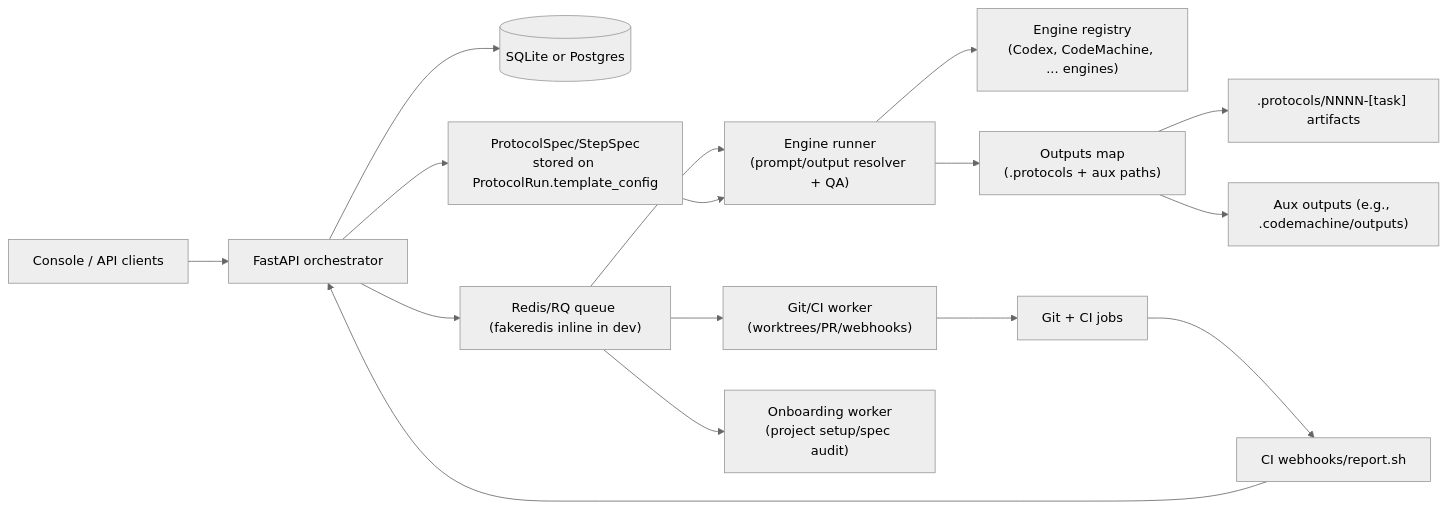
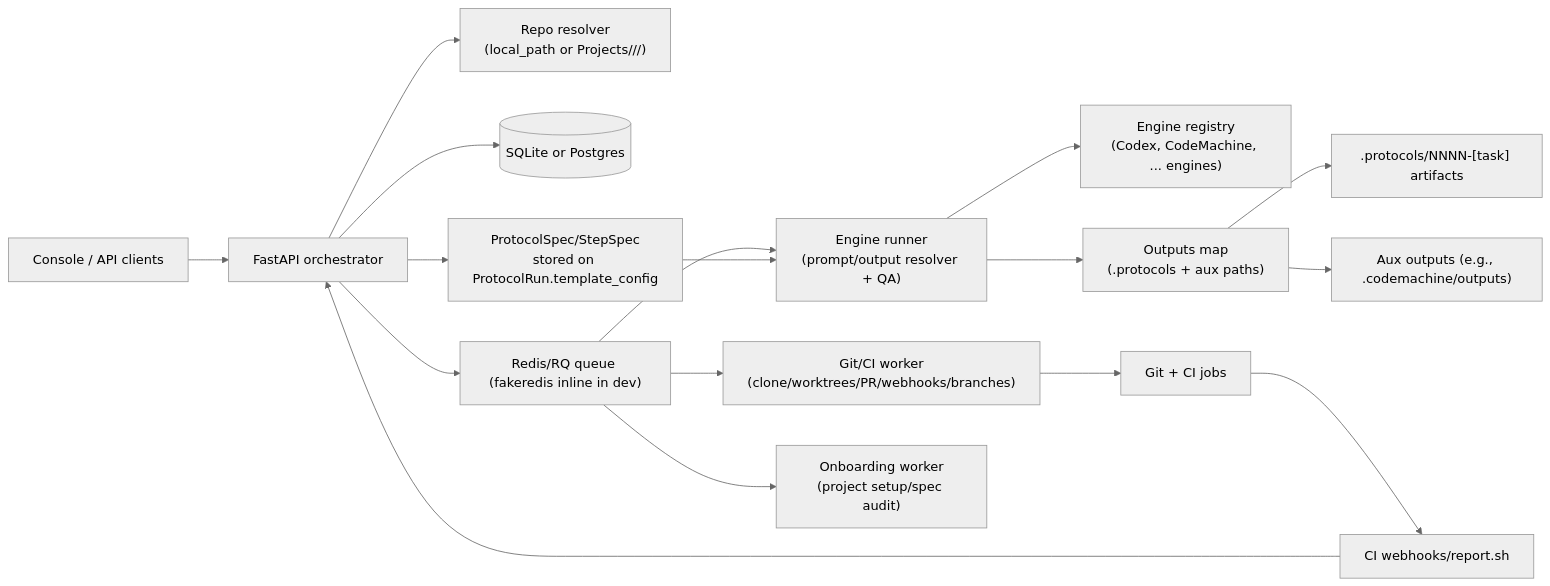
One commit to ilyafedotov-ops/dev-pipeline changed the first of 3 diagrams in docs/architecture.md. Above: the diagram before and after it, drawn with Mermaid (neutral theme). The commit also changed other lines of this file and 6 other files, not shown here.

````diff
--- a/docs/architecture.md
+++ b/docs/architecture.md
@@ -27,18 +27,19 @@
 ```mermaid
 graph LR
   User["Console / API clients"] --> API["FastAPI orchestrator"]
+  API --> Repo["Repo resolver\n(local_path or Projects/<host>/<owner>/<repo>)"]
   API --> DB[(SQLite or Postgres)]
   API --> Queue["Redis/RQ queue (fakeredis inline in dev)"]
   API --> Spec["ProtocolSpec/StepSpec\nstored on ProtocolRun.template_config"]
   Queue --> Runner["Engine runner\n(prompt/output resolver + QA)"]
   Runner --> Registry["Engine registry\n(Codex, CodeMachine, ... engines)"]
   Runner --> Outputs["Outputs map\n(.protocols + aux paths)"]
   Outputs --> Protocols[".protocols/NNNN-[task] artifacts"]
   Outputs --> Aux["Aux outputs (e.g., .codemachine/outputs)"]
-  Queue --> GitW["Git/CI worker\n(worktrees/PR/webhooks)"]
+  Queue --> GitW["Git/CI worker\n(clone/worktrees/PR/webhooks/branches)"]
   Queue --> OnboardW["Onboarding worker\n(project setup/spec audit)"]
   GitW --> Git["Git + CI jobs"]
   Git --> Webhooks["CI webhooks/report.sh"]
   Webhooks --> API
   Spec --> Runner
 ```
````
